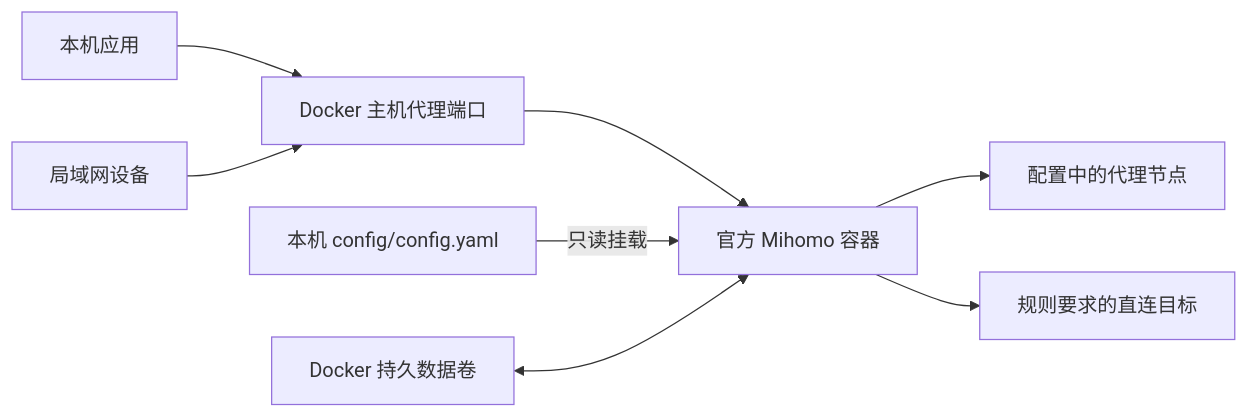
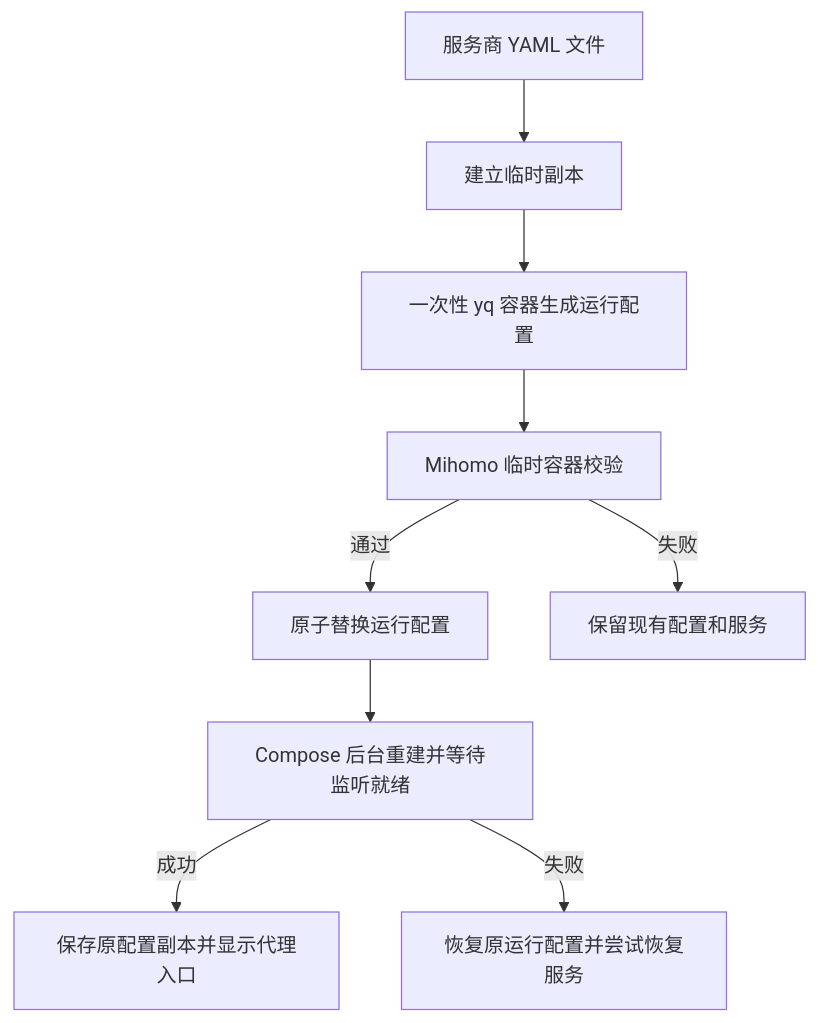
One commit to OopsLouie/clash-box changed the diagram in docs/design.md. Above: the diagram before and after it, drawn with Mermaid. The commit also changed other lines of this file and 8 other files, not shown here.

Commit message:
feat: add one-command Mihomo config import and background startup

````diff
--- a/docs/design.md
+++ b/docs/design.md
@@ -11,10 +11,11 @@
 ```mermaid
-flowchart LR
-    Local[本机应用] --> Ports[Docker 主机代理端口]
-    LAN[局域网设备] --> Ports
-    Ports --> Core[官方 Mihomo 容器]
-    Config[本机 config/config.yaml] -->|只读挂载| Core
-    Data[Docker 持久数据卷] <--> Core
-    Core --> Nodes[配置中的代理节点]
-    Core --> Direct[规则要求的直连目标]
+flowchart TD
+    Input[服务商 YAML 文件] --> Copy[建立临时副本]
+    Copy --> Adapt[一次性 yq 容器生成运行配置]
+    Adapt --> Check[Mihomo 临时容器校验]
+    Check -->|通过| Publish[原子替换运行配置]
+    Check -->|失败| Keep[保留现有配置和服务]
+    Publish --> Start[Compose 后台重建并等待监听就绪]
+    Start -->|成功| Save[保存原配置副本并显示代理入口]
+    Start -->|失败| Restore[恢复原运行配置并尝试恢复服务]
 ```
````
